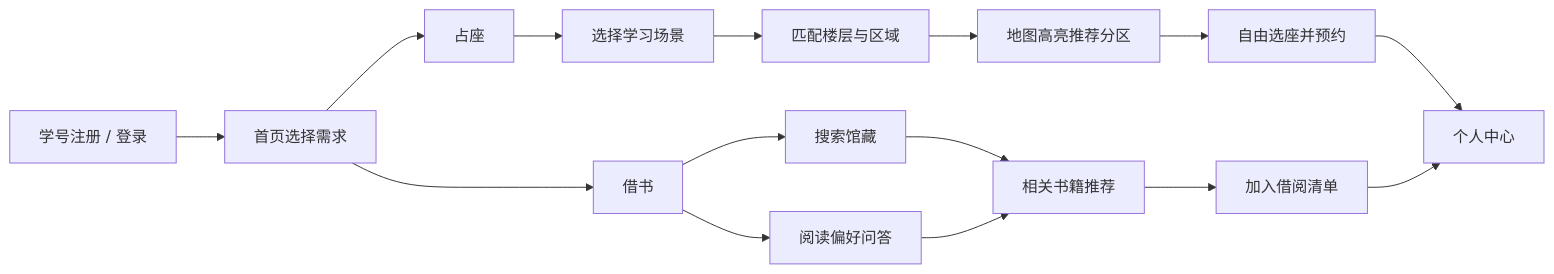
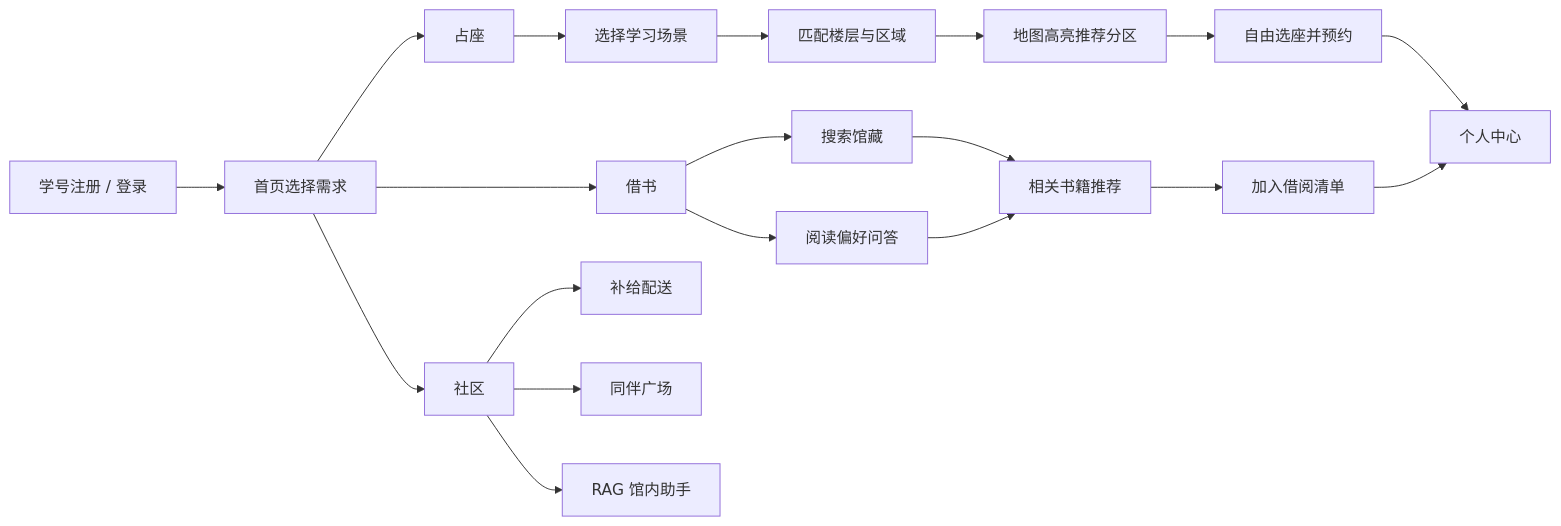
Before and after one commit to MyDear725/zhiyu-library: the first of 2 diagrams in README.md, drawn with Mermaid. The commit also changed other lines of this file and 18 other files, not shown here.

````diff
--- a/README.md
+++ b/README.md
@@ -63,17 +72,21 @@
 ```mermaid
 flowchart LR
     A["学号注册 / 登录"] --> B["首页选择需求"]
     B --> C["借书"]
     B --> D["占座"]
+    B --> N["社区"]
     C --> E["搜索馆藏"]
     C --> F["阅读偏好问答"]
     E --> G["相关书籍推荐"]
     F --> G
     D --> H["选择学习场景"]
     H --> I["匹配楼层与区域"]
     I --> J["地图高亮推荐分区"]
     J --> K["自由选座并预约"]
     G --> L["加入借阅清单"]
     K --> M["个人中心"]
     L --> M
+    N --> O["补给配送"]
+    N --> P["同伴广场"]
+    N --> Q["RAG 馆内助手"]
 ```
````
